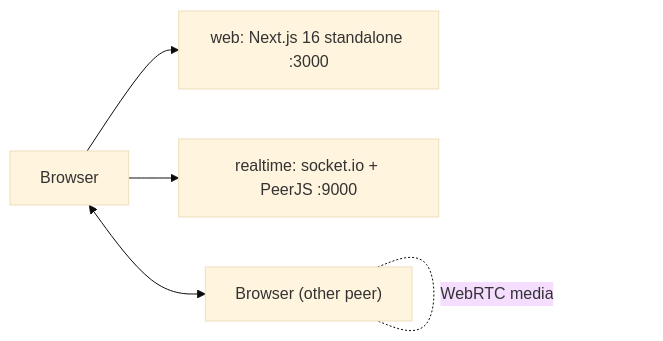
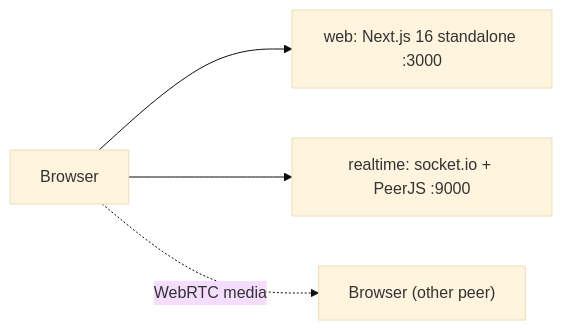
One commit to himanishpuri/livevitals changed the diagram in README.md. Above: the diagram before and after it, drawn with Mermaid (base theme). The commit also changed 3 other files, not shown here.

````diff
--- a/README.md
+++ b/README.md
@@ -49,7 +49,7 @@
 ```mermaid
 flowchart LR
     Browser["Browser"] --> Web["web: Next.js 16 standalone :3000"]
     Browser --> RT["realtime: socket.io + PeerJS :9000"]
     Browser2["Browser (other peer)"]
-    Browser <--> Browser2 -. "WebRTC media" .- Browser2
+    Browser -.->|"WebRTC media"| Browser2
 ```
````
